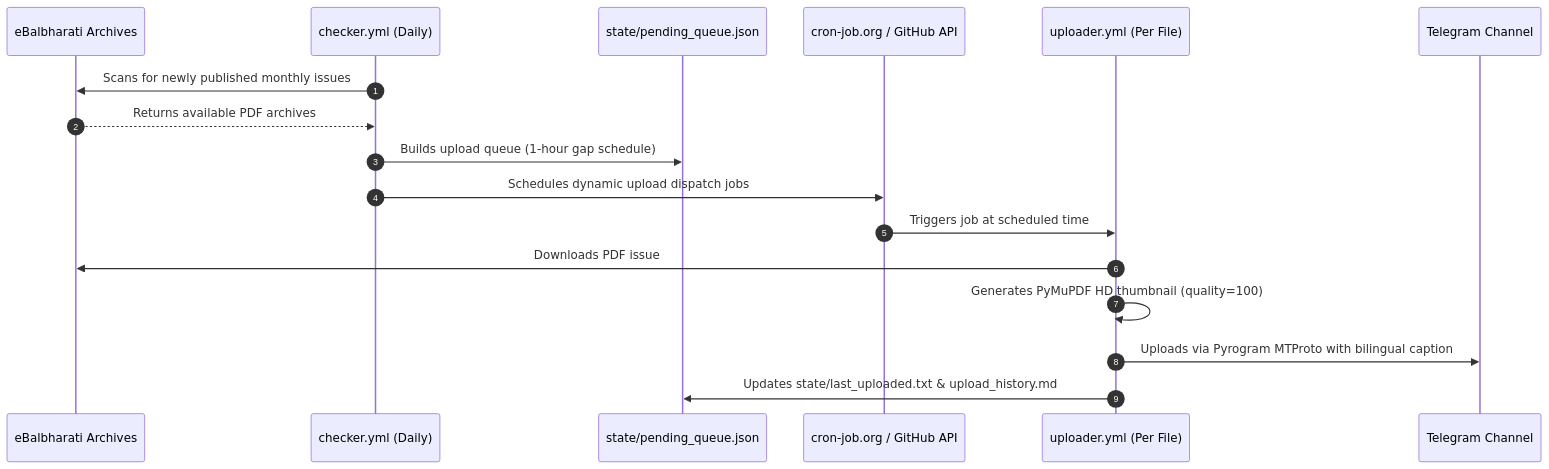
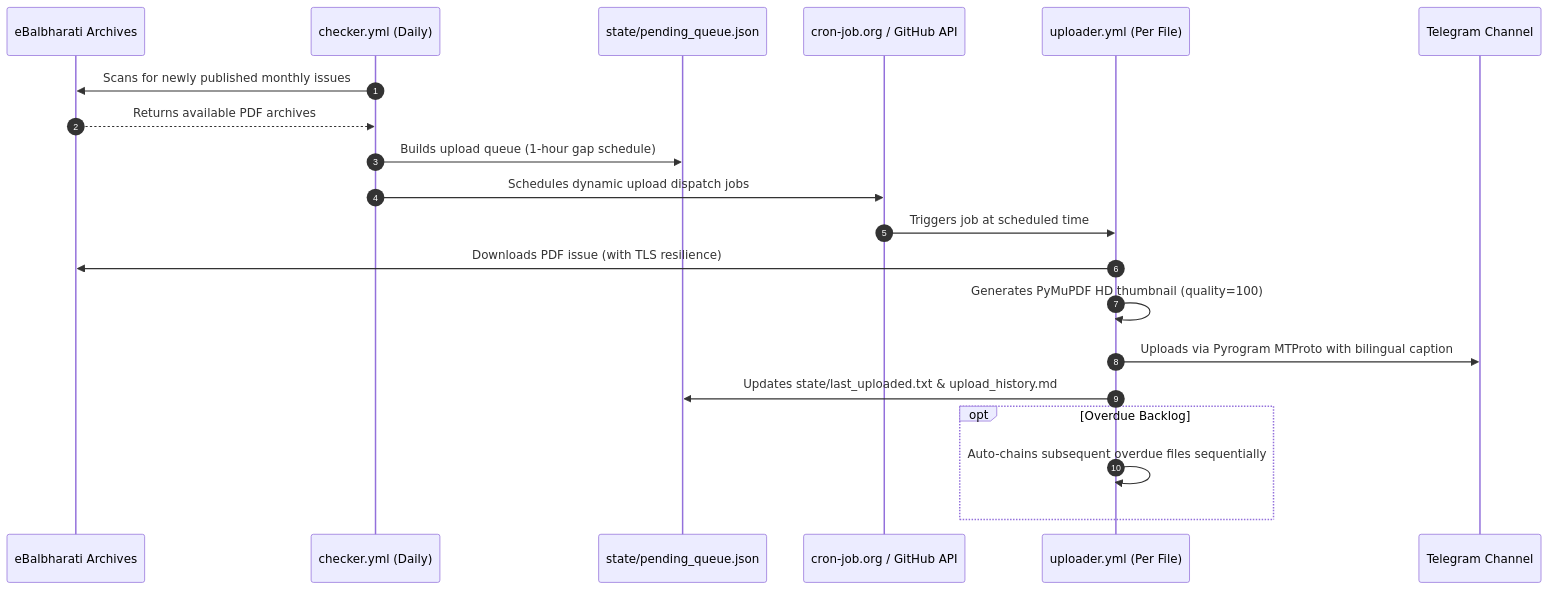
The diagram in README.md (nOneCode4u/kishor-publisher), drawn with Mermaid before and after one commit. The commit also changed other lines of this file and 12 other files, not shown here.

````diff
--- a/README.md
+++ b/README.md
@@ -29,20 +29,23 @@
 ```mermaid
 sequenceDiagram
     autonumber
     participant Site as eBalbharati Archives
     participant Checker as checker.yml (Daily)
     participant State as state/pending_queue.json
     participant Cron as cron-job.org / GitHub API
     participant Uploader as uploader.yml (Per File)
     participant TG as Telegram Channel
 
     Checker->>Site: Scans for newly published monthly issues
     Site-->>Checker: Returns available PDF archives
     Checker->>State: Builds upload queue (1-hour gap schedule)
     Checker->>Cron: Schedules dynamic upload dispatch jobs
     Cron->>Uploader: Triggers job at scheduled time
-    Uploader->>Site: Downloads PDF issue
+    Uploader->>Site: Downloads PDF issue (with TLS resilience)
     Uploader->>Uploader: Generates PyMuPDF HD thumbnail (quality=100)
     Uploader->>TG: Uploads via Pyrogram MTProto with bilingual caption
     Uploader->>State: Updates state/last_uploaded.txt & upload_history.md
+    opt Overdue Backlog
+        Uploader->>Uploader: Auto-chains subsequent overdue files sequentially
+    end
 ```
````
